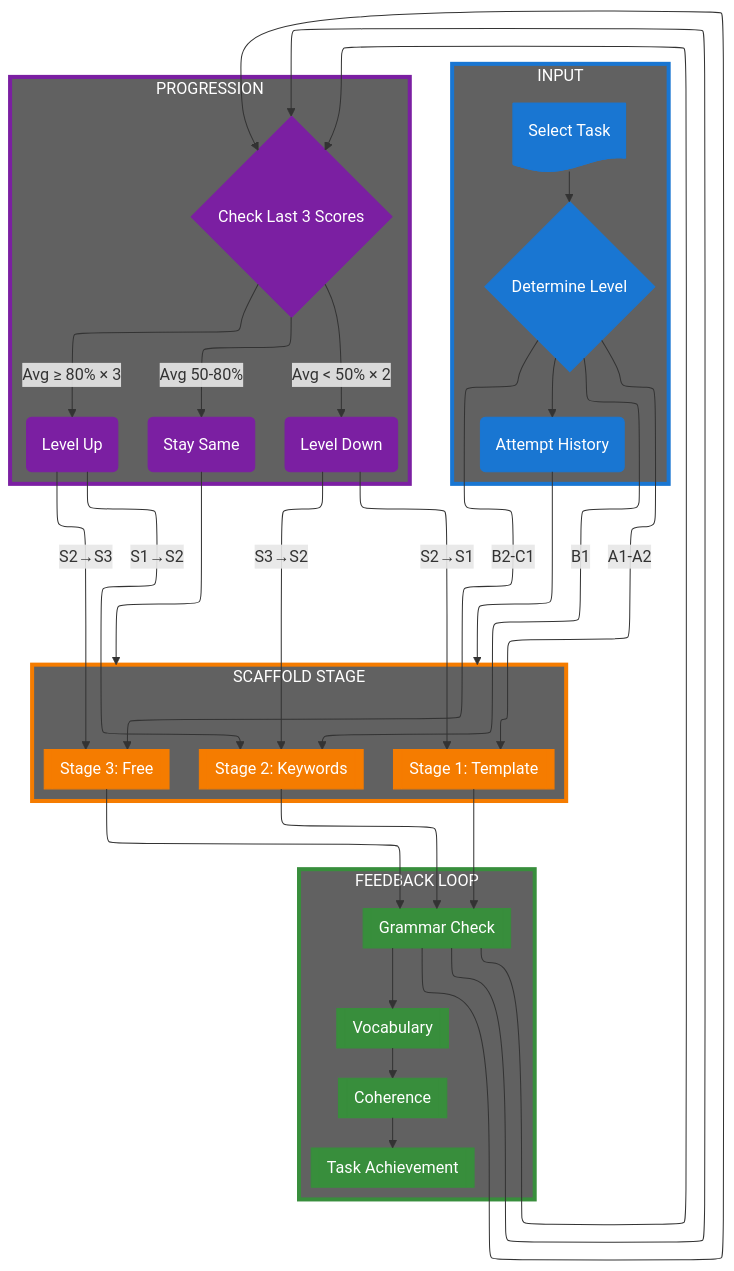
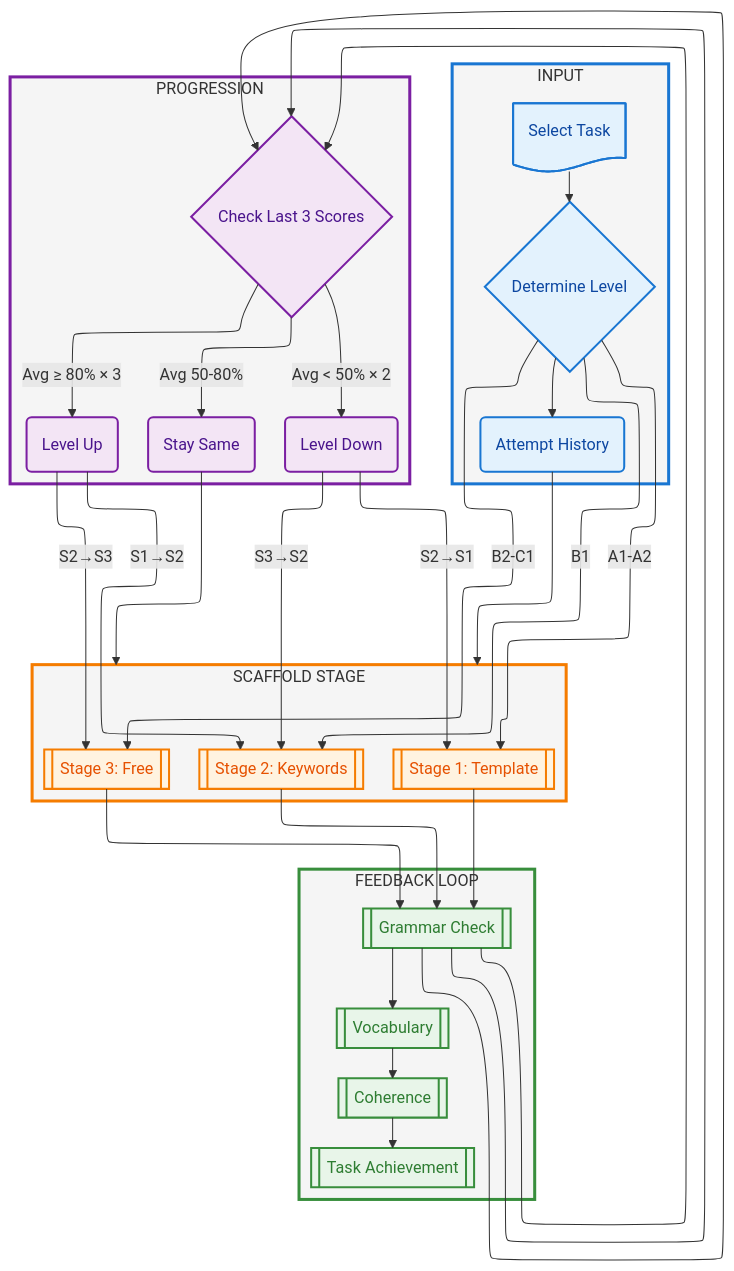
The tenth of 12 diagrams in docs/capstone/diagrams/flow-diagrams.vi.md (nghyane/VSTEP), drawn with Mermaid before and after one commit. The commit also changed other lines of this file, not shown here.

First line of the commit message:
style(docs): fix mermaid diagram colors to pastel scheme

````diff
--- a/docs/capstone/diagrams/flow-diagrams.vi.md
+++ b/docs/capstone/diagrams/flow-diagrams.vi.md
@@ -661,76 +661,76 @@
 ```mermaid
 ---
 config:
   layout: elk
 ---
 flowchart TB
     subgraph Input["INPUT"]
         Task@{ shape: doc, label: "Select Task" }
         Level@{ shape: diam, label: "Determine Level" }
         History@{ shape: rounded, label: "Attempt History" }
     end
 
     subgraph Stage["SCAFFOLD STAGE"]
         direction LR
         S1@{ shape: fr-rect, label: "Stage 1: Template" }
         S2@{ shape: fr-rect, label: "Stage 2: Keywords" }
         S3@{ shape: fr-rect, label: "Stage 3: Free" }
     end
 
     subgraph Feedback["FEEDBACK LOOP"]
         direction TB
         Grammar@{ shape: fr-rect, label: "Grammar Check" }
         Vocab@{ shape: fr-rect, label: "Vocabulary" }
         Cohesion@{ shape: fr-rect, label: "Coherence" }
         TaskResp@{ shape: fr-rect, label: "Task Achievement" }
     end
 
     subgraph Progression["PROGRESSION"]
         Check@{ shape: diam, label: "Check Last 3 Scores" }
         Up@{ shape: rounded, label: "Level Up" }
         Stay@{ shape: rounded, label: "Stay Same" }
         Down@{ shape: rounded, label: "Level Down" }
     end
 
     Task --> Level --> History --> Stage
     Level -->|"A1-A2"| S1
     Level -->|"B1"| S2
     Level -->|"B2-C1"| S3
     
     S1 --> Grammar --> Check
     S2 --> Grammar --> Check
     S3 --> Grammar --> Check
     Grammar --> Vocab --> Cohesion --> TaskResp
     
     Check -->|"Avg ≥ 80% × 3"| Up
     Check -->|"Avg 50-80%"| Stay
     Check -->|"Avg < 50% × 2"| Down
     
     Up -->|"S1→S2"| S2
     Up -->|"S2→S3"| S3
     Stay --> Stage
     Down -->|"S2→S1"| S1
     Down -->|"S3→S2"| S2
 
-    %% Nodes
-    classDef input fill:#1976d2,stroke:#1976d2,color:#fff
-    classDef stage fill:#f57c00,stroke:#f57c00,color:#fff
-    classDef feedback fill:#388e3c,stroke:#388e3c,color:#fff
-    classDef progress fill:#7b1fa2,stroke:#7b1fa2,color:#fff
+    %% Nodes - soft pastel fill with dark text
+    classDef input fill:#e3f2fd,stroke:#1976d2,stroke-width:2px,color:#0d47a1
+    classDef stage fill:#fff3e0,stroke:#f57c00,stroke-width:2px,color:#e65100
+    classDef feedback fill:#e8f5e9,stroke:#388e3c,stroke-width:2px,color:#2e7d32
+    classDef progress fill:#f3e5f5,stroke:#7b1fa2,stroke-width:2px,color:#4a148c
 
-    %% Boxes
-    classDef inputBox fill:#616161,stroke:#1976d2,stroke-width:4px,color:#fff
-    classDef stageBox fill:#616161,stroke:#f57c00,stroke-width:4px,color:#fff
-    classDef feedbackBox fill:#616161,stroke:#388e3c,stroke-width:4px,color:#fff
-    classDef progressBox fill:#616161,stroke:#7b1fa2,stroke-width:4px,color:#fff
+    %% Boxes - light tint
+    classDef inputBox fill:#f5f5f5,stroke:#1976d2,stroke-width:3px,color:#333
+    classDef stageBox fill:#f5f5f5,stroke:#f57c00,stroke-width:3px,color:#333
+    classDef feedbackBox fill:#f5f5f5,stroke:#388e3c,stroke-width:3px,color:#333
+    classDef progressBox fill:#f5f5f5,stroke:#7b1fa2,stroke-width:3px,color:#333
 
     class Input inputBox
     class Stage stageBox
     class Feedback feedbackBox
     class Progression progressBox
 
     class Task,Level,History input
     class S1,S2,S3 stage
     class Grammar,Vocab,Cohesion,TaskResp feedback
     class Check,Up,Stay,Down progress
 ```
````
